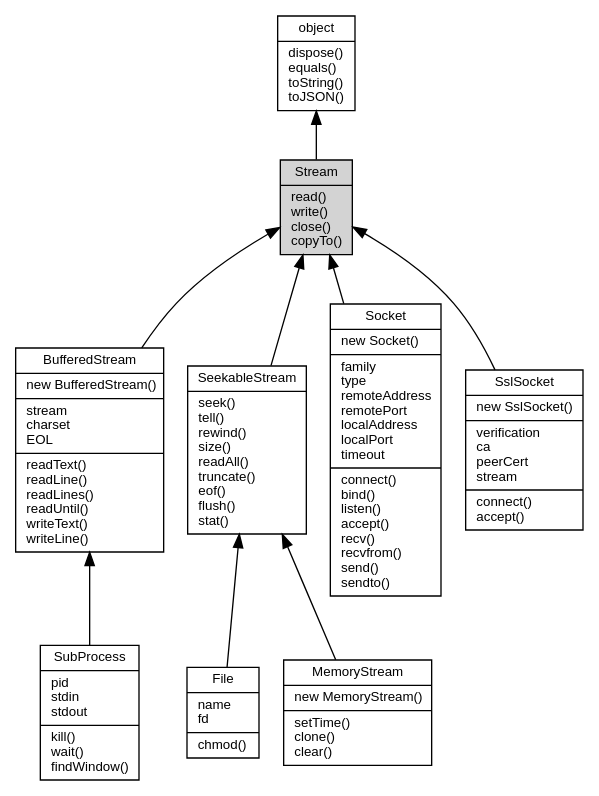
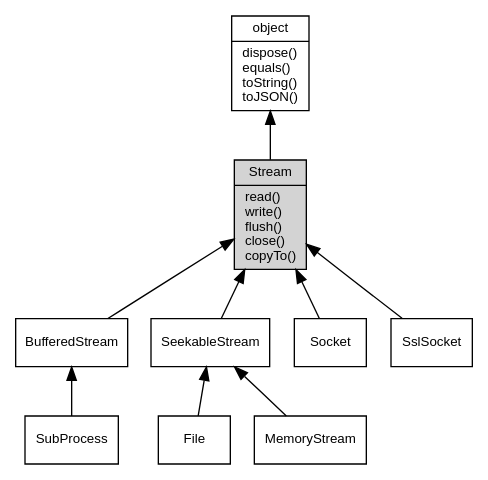
The diagram in docs/manual/object/ifs/Stream.md (fibjs/fibjs.org), drawn with Graphviz before and after one commit. The commit also changed other lines of this file and 289 other files, not shown here.

````diff
--- a/docs/manual/object/ifs/Stream.md
+++ b/docs/manual/object/ifs/Stream.md
@@ -7,24 +7,24 @@
 ```dot
 digraph {
     node [fontname="Helvetica,sans-Serif", fontsize=10, shape="record", style="filled", fillcolor="white"];
 
     object [tooltip="object", URL="object.md", label="{object|dispose()\lequals()\ltoString()\ltoJSON()\l}"];
-    Stream [tooltip="Stream", fillcolor="lightgray", label="{Stream|read()\lwrite()\lclose()\lcopyTo()\l}"];
-    BufferedStream [tooltip="BufferedStream", URL="BufferedStream.md", label="{BufferedStream|new BufferedStream()\l|stream\lcharset\lEOL\l|readText()\lreadLine()\lreadLines()\lreadUntil()\lwriteText()\lwriteLine()\l}"];
-    SubProcess [tooltip="SubProcess", URL="SubProcess.md", label="{SubProcess|pid\lstdin\lstdout\l|kill()\lwait()\lfindWindow()\l}"];
-    SeekableStream [tooltip="SeekableStream", URL="SeekableStream.md", label="{SeekableStream|seek()\ltell()\lrewind()\lsize()\lreadAll()\ltruncate()\leof()\lflush()\lstat()\l}"];
-    File [tooltip="File", URL="File.md", label="{File|name\lfd\l|chmod()\l}"];
-    MemoryStream [tooltip="MemoryStream", URL="MemoryStream.md", label="{MemoryStream|new MemoryStream()\l|setTime()\lclone()\lclear()\l}"];
-    Socket [tooltip="Socket", URL="Socket.md", label="{Socket|new Socket()\l|family\ltype\lremoteAddress\lremotePort\llocalAddress\llocalPort\ltimeout\l|connect()\lbind()\llisten()\laccept()\lrecv()\lrecvfrom()\lsend()\lsendto()\l}"];
-    SslSocket [tooltip="SslSocket", URL="SslSocket.md", label="{SslSocket|new SslSocket()\l|verification\lca\lpeerCert\lstream\l|connect()\laccept()\l}"];
+    Stream [tooltip="Stream", fillcolor="lightgray", id="me", label="{Stream|read()\lwrite()\lflush()\lclose()\lcopyTo()\l}"];
+    BufferedStream [tooltip="BufferedStream", URL="BufferedStream.md", label="{BufferedStream}"];
+    SubProcess [tooltip="SubProcess", URL="SubProcess.md", label="{SubProcess}"];
+    SeekableStream [tooltip="SeekableStream", URL="SeekableStream.md", label="{SeekableStream}"];
+    File [tooltip="File", URL="File.md", label="{File}"];
+    MemoryStream [tooltip="MemoryStream", URL="MemoryStream.md", label="{MemoryStream}"];
+    Socket [tooltip="Socket", URL="Socket.md", label="{Socket}"];
+    SslSocket [tooltip="SslSocket", URL="SslSocket.md", label="{SslSocket}"];
 
     object -> Stream [dir=back];
     Stream -> BufferedStream [dir=back];
     BufferedStream -> SubProcess [dir=back];
     Stream -> SeekableStream [dir=back];
     SeekableStream -> File [dir=back];
     SeekableStream -> MemoryStream [dir=back];
     Stream -> Socket [dir=back];
     Stream -> SslSocket [dir=back];
 }
 ```
````
